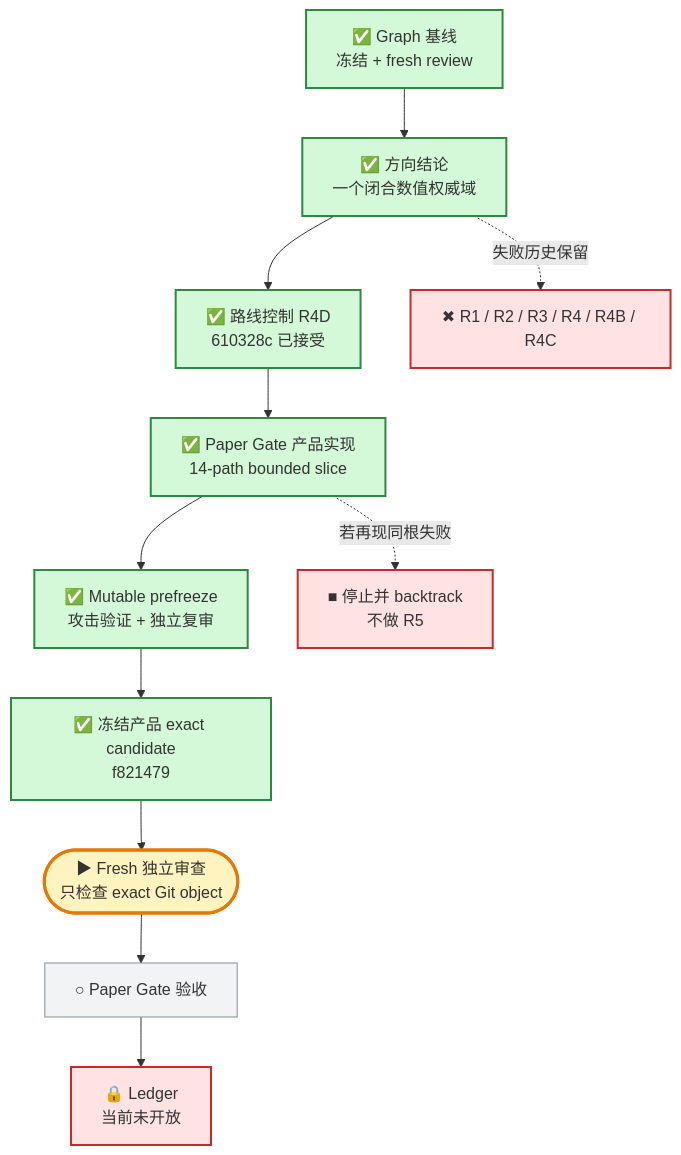
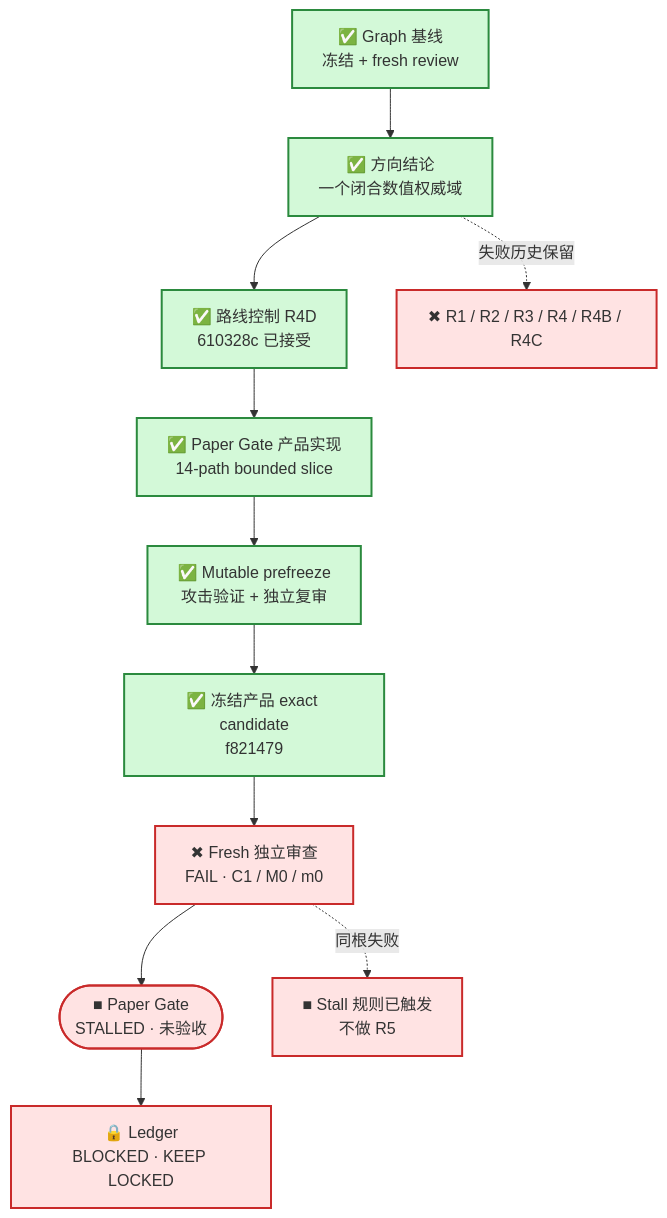
The first of 2 diagrams in MyBrain/automation/reports/investment-discipline-system/CURRENT_PROGRESS.md (j-a-v-e-n/knowledge-vault), drawn with Mermaid before and after one commit. The commit also changed other lines of this file, not shown here.

````diff
--- a/MyBrain/automation/reports/investment-discipline-system/CURRENT_PROGRESS.md
+++ b/MyBrain/automation/reports/investment-discipline-system/CURRENT_PROGRESS.md
@@ -7,23 +7,19 @@
 ```mermaid
 flowchart TB
     G["✅ Graph 基线<br/>冻结 + fresh review"] --> D["✅ 方向结论<br/>一个闭合数值权威域"]
     D --> R["✅ 路线控制 R4D<br/>610328c 已接受"]
     R --> S["✅ Paper Gate 产品实现<br/>14-path bounded slice"]
     S --> P["✅ Mutable prefreeze<br/>攻击验证 + 独立复审"]
     P --> K["✅ 冻结产品 exact candidate<br/>f821479"]
-    K --> W(["▶ Fresh 独立审查<br/>只检查 exact Git object"])
-    W --> A["○ Paper Gate 验收"]
-    A --> L["🔒 Ledger<br/>当前未开放"]
+    K --> W["✖ Fresh 独立审查<br/>FAIL · C1 / M0 / m0"]
+    W --> A(["■ Paper Gate<br/>STALLED · 未验收"])
+    A --> L["🔒 Ledger<br/>BLOCKED · KEEP LOCKED"]
 
     D -. "失败历史保留" .-> F["✖ R1 / R2 / R3 / R4 / R4B / R4C"]
-    S -. "若再现同根失败" .-> H["■ 停止并 backtrack<br/>不做 R5"]
+    W -. "同根失败" .-> H["■ Stall 规则已触发<br/>不做 R5"]
 
     classDef done fill:#d3f9d8,stroke:#2b8a3e,stroke-width:2px;
-    classDef current fill:#fff3bf,stroke:#e67700,stroke-width:3px;
     classDef failed fill:#ffe3e3,stroke:#c92a2a,stroke-width:2px;
-    classDef pending fill:#f1f3f5,stroke:#868e96;
     class G,D,R,S,P,K done;
-    class W current;
-    class F,H,L failed;
-    class A pending;
+    class W,A,F,H,L failed;
 ```
````
